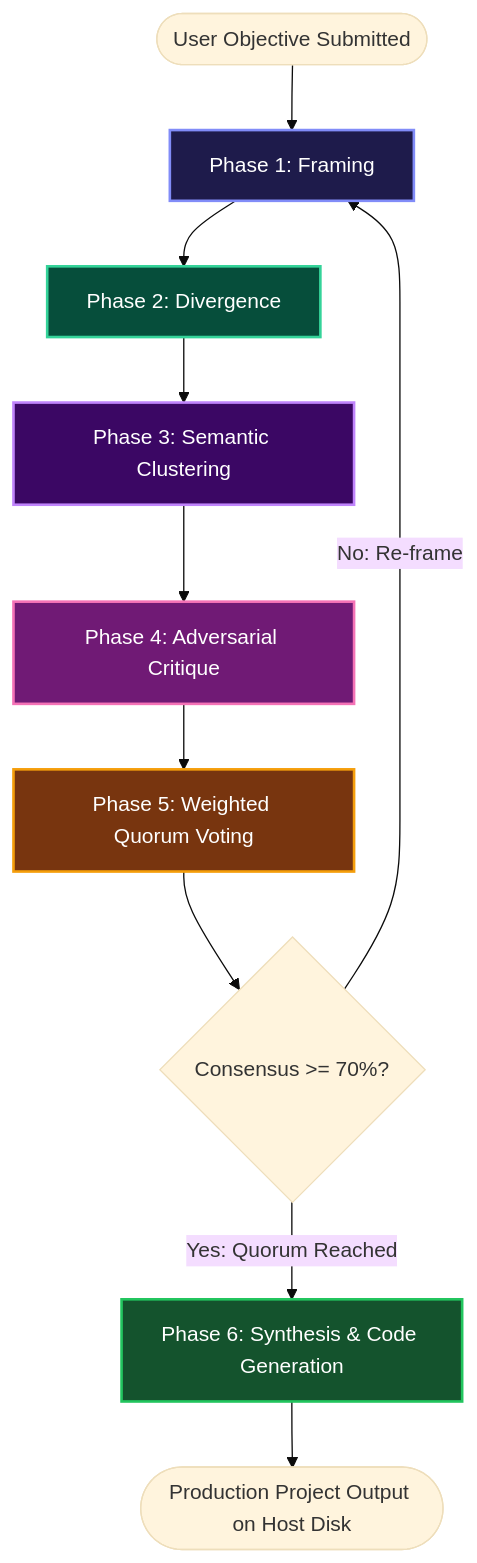
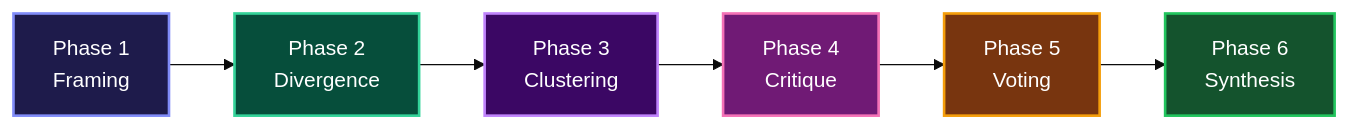
One commit to atharv1909/BenchMates changed the first of 3 diagrams in README.md. Above: the diagram before and after it, drawn with Mermaid (base theme). The commit also changed other lines of this file, not shown here.

````diff
--- a/README.md
+++ b/README.md
@@ -108,19 +62,15 @@
 ```mermaid
-flowchart TD
-    A([User Objective Submitted]) --> B[Phase 1: Framing]
-    B --> C[Phase 2: Divergence]
-    C --> D[Phase 3: Semantic Clustering]
-    D --> E[Phase 4: Adversarial Critique]
-    E --> F[Phase 5: Weighted Quorum Voting]
-    F --> G{Consensus >= 70%?}
-    G -- No: Re-frame --> B
-    G -- Yes: Quorum Reached --> H[Phase 6: Synthesis & Code Generation]
-    H --> I([Production Project Output on Host Disk])
+flowchart LR
+    A[Phase 1<br/>Framing] --> B[Phase 2<br/>Divergence]
+    B --> C[Phase 3<br/>Clustering]
+    C --> D[Phase 4<br/>Critique]
+    D --> E[Phase 5<br/>Voting]
+    E --> F[Phase 6<br/>Synthesis]
 
-    style B fill:#1e1b4b,stroke:#818cf8,stroke-width:2px,color:#fff
-    style C fill:#064e3b,stroke:#34d399,stroke-width:2px,color:#fff
-    style D fill:#3b0764,stroke:#c084fc,stroke-width:2px,color:#fff
-    style E fill:#701a75,stroke:#f472b6,stroke-width:2px,color:#fff
-    style F fill:#78350f,stroke:#f59e0b,stroke-width:2px,color:#fff
-    style H fill:#14532d,stroke:#22c55e,stroke-width:2px,color:#fff
+    style A fill:#1e1b4b,stroke:#818cf8,stroke-width:2px,color:#fff
+    style B fill:#064e3b,stroke:#34d399,stroke-width:2px,color:#fff
+    style C fill:#3b0764,stroke:#c084fc,stroke-width:2px,color:#fff
+    style D fill:#701a75,stroke:#f472b6,stroke-width:2px,color:#fff
+    style E fill:#78350f,stroke:#f59e0b,stroke-width:2px,color:#fff
+    style F fill:#14532d,stroke:#22c55e,stroke-width:2px,color:#fff
 ```
````
